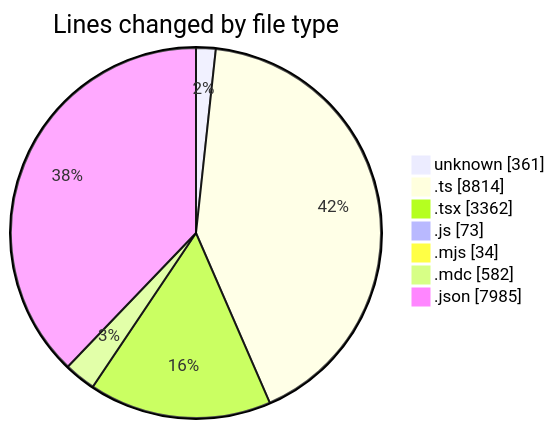
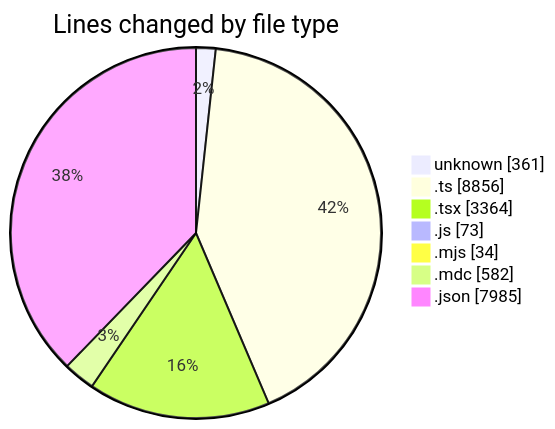
One commit to CELIANVF/code-tracking changed the first of 2 diagrams in 2025-06-13/ecodeli-1/README.md. Above: the diagram before and after it, drawn with Mermaid. The commit also changed other lines of this file and 1 other file, not shown here.

````diff
--- a/2025-06-13/ecodeli-1/README.md
+++ b/2025-06-13/ecodeli-1/README.md
@@ -45,11 +46,11 @@
 ```mermaid
 pie showData
 title Lines changed by file type
 "unknown" : 361
-".ts" : 8814
-".tsx" : 3362
+".ts" : 8856
+".tsx" : 3364
 ".js" : 73
 ".mjs" : 34
 ".mdc" : 582
 ".json" : 7985
 ```
````
